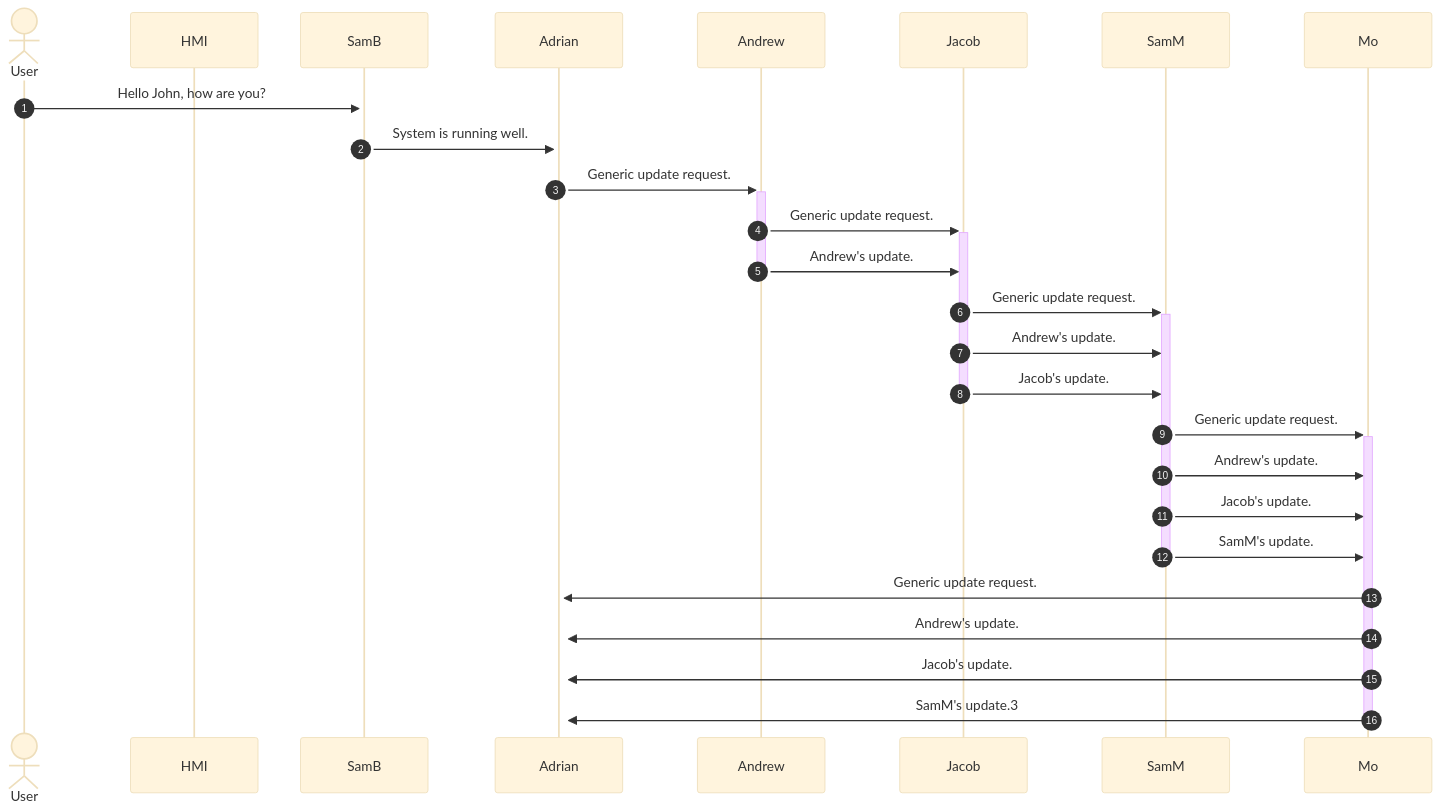
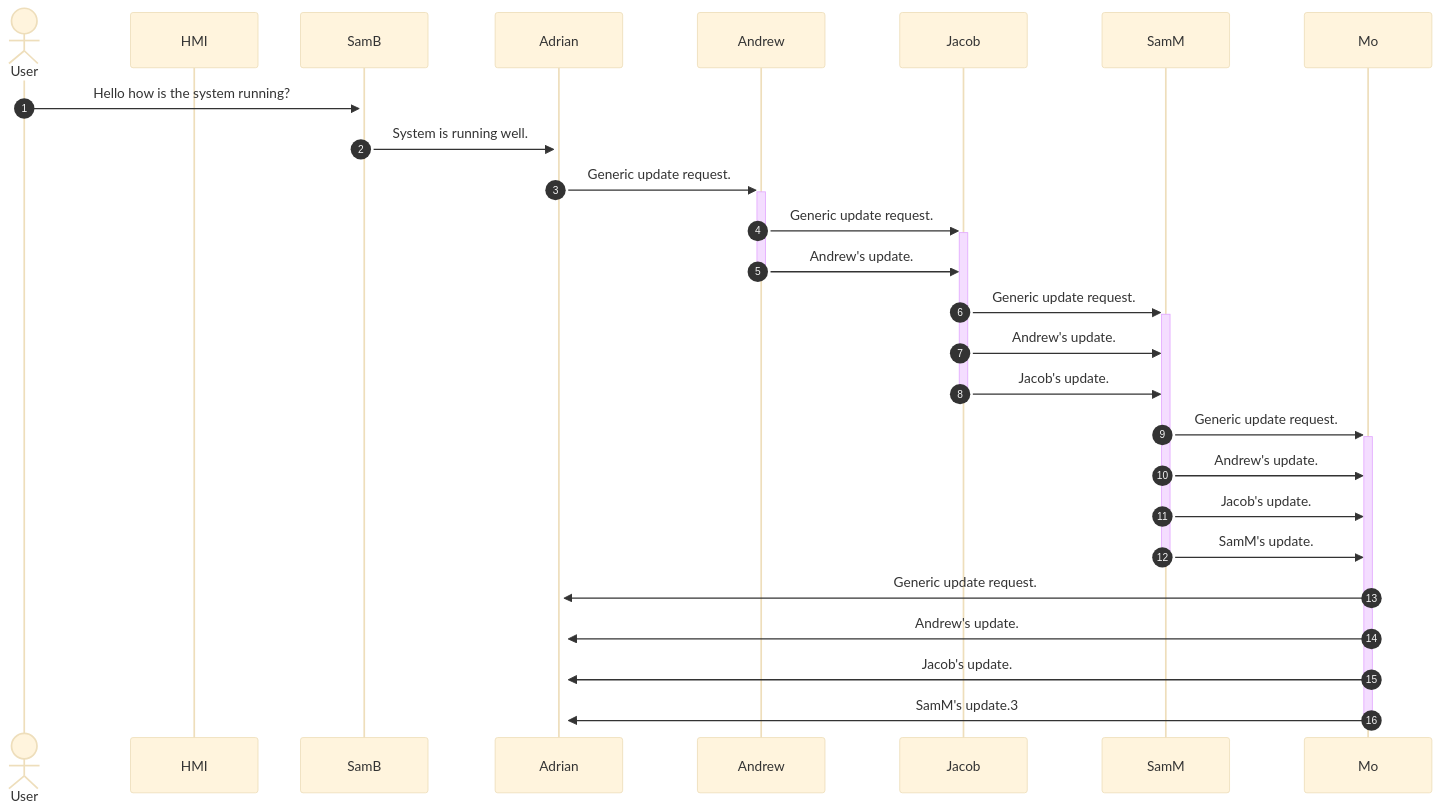
One commit to EGR314-S-2026-308/EGR314-S-2026-308.github.io changed the seventh of 7 diagrams in docs/04-Team-Block-Diagram/Team-Diagram.md. Above: the diagram before and after it, drawn with Mermaid (base theme). The commit also changed other lines of this file, not shown here.

````diff
--- a/docs/04-Team-Block-Diagram/Team-Diagram.md
+++ b/docs/04-Team-Block-Diagram/Team-Diagram.md
@@ -168,28 +195,28 @@
 ``` mermaid
 sequenceDiagram
     autonumber
     actor User
     participant HMI
 
-    User->>+SamB: Hello John, how are you?
+    User->>+SamB: Hello how is the system running?
     SamB->>+Adrian: System is running well.
 
     Adrian->>+Andrew: Generic update request.
 
     Andrew->>+Jacob: Generic update request.
     Andrew->>-Jacob: Andrew's update.
 
     Jacob->>+SamM: Generic update request.
     Jacob->>SamM: Andrew's update.
     Jacob->>-SamM: Jacob's update.
 
     SamM->>+Mo: Generic update request.
     SamM->>Mo:Andrew's update.
     SamM->>Mo: Jacob's update.
     SamM->>-Mo: SamM's update.
 
     Mo->>+Adrian:  Generic update request.
     Mo->>Adrian: Andrew's update.
     Mo->>Adrian: Jacob's update.
     Mo->>-Adrian: SamM's update.3
 ```
````
